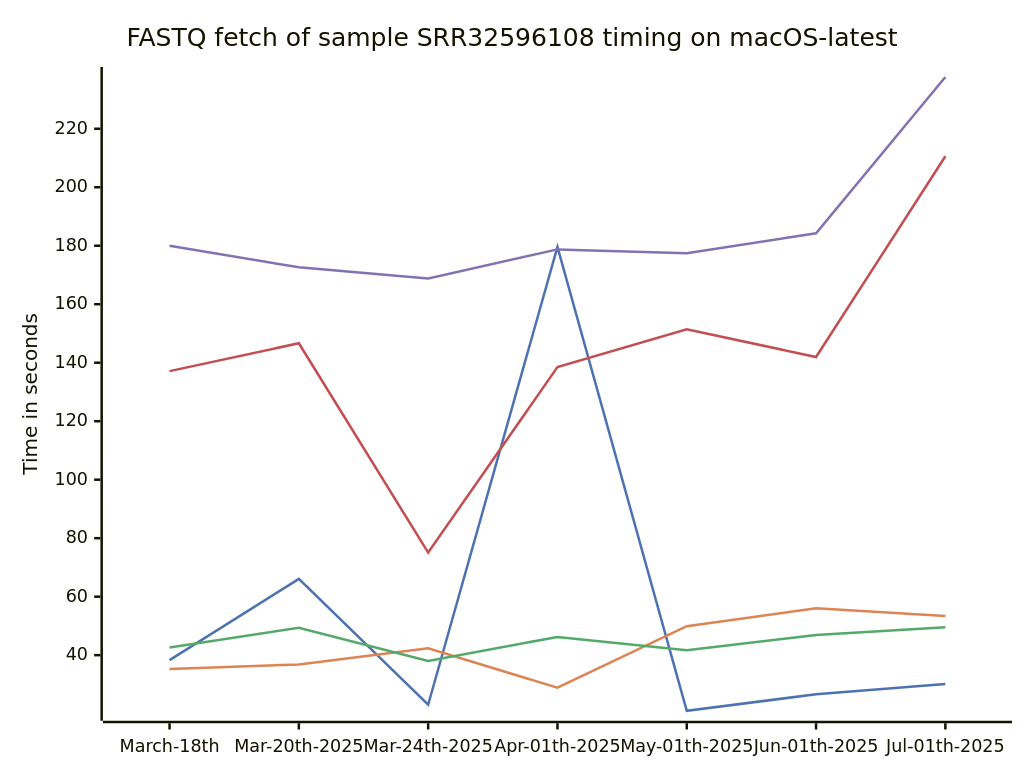
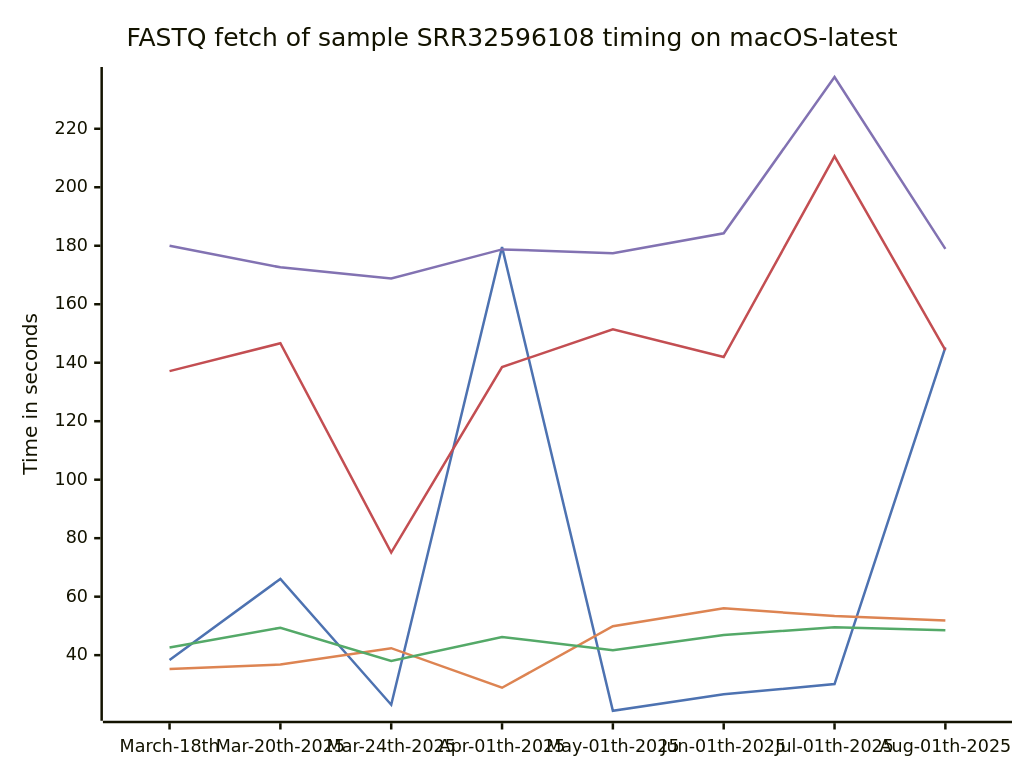
One commit to biermanr/Download_SRA_FASTQ_Benchmarks changed the diagram in README.md. Above: the diagram before and after it, drawn with Mermaid. The commit also changed other lines of this file, not shown here.

Commit message:
Updated timings in README

````diff
--- a/README.md
+++ b/README.md
@@ -12,20 +12,20 @@
 ```mermaid
 ---
 config:
     xyChart:
         width: 800
         height: 600
     themeVariables:
         xyChart:
             plotColorPalette: "#4d72b1,#dd8452,#54a968,#c34e52,#8272b2"
 ---
 xychart-beta
     title "FASTQ fetch of sample SRR32596108 timing on macOS-latest"
-    x-axis [ March-18th, Mar-20th-2025, Mar-24th-2025, Apr-01th-2025, May-01th-2025, Jun-01th-2025, Jul-01th-2025 ]
+    x-axis [ March-18th, Mar-20th-2025, Mar-24th-2025, Apr-01th-2025, May-01th-2025, Jun-01th-2025, Jul-01th-2025, Aug-01th-2025 ]
     y-axis "Time in seconds"
-    line "aria2c_EBI_data" [ 38.31, 66.08, 23.05, 179.59, 20.99, 26.62, 30.10 ]
-    line "prefetch_fasterq-dump_data" [ 35.28, 36.82, 42.38, 28.86, 49.89, 56.04, 53.35 ]
-    line "aws_fasterq-dump_data" [ 42.61, 49.37, 38.05, 46.24, 41.65, 46.90, 49.51 ]
-    line "fasterq-dump_only_data" [ 137.12, 146.65, 75.08, 138.50, 151.45, 141.95, 210.59 ]
-    line "fastq-dump_only_data" [ 180.01, 172.61, 168.79, 178.75, 177.43, 184.25, 237.70 ]
+    line "aria2c_EBI_data" [ 38.31, 66.08, 23.05, 179.59, 20.99, 26.62, 30.10, 145.28 ]
+    line "prefetch_fasterq-dump_data" [ 35.28, 36.82, 42.38, 28.86, 49.89, 56.04, 53.35, 51.86 ]
+    line "aws_fasterq-dump_data" [ 42.61, 49.37, 38.05, 46.24, 41.65, 46.90, 49.51, 48.48 ]
+    line "fasterq-dump_only_data" [ 137.12, 146.65, 75.08, 138.50, 151.45, 141.95, 210.59, 144.32 ]
+    line "fastq-dump_only_data" [ 180.01, 172.61, 168.79, 178.75, 177.43, 184.25, 237.70, 178.92 ]
  ```
````
